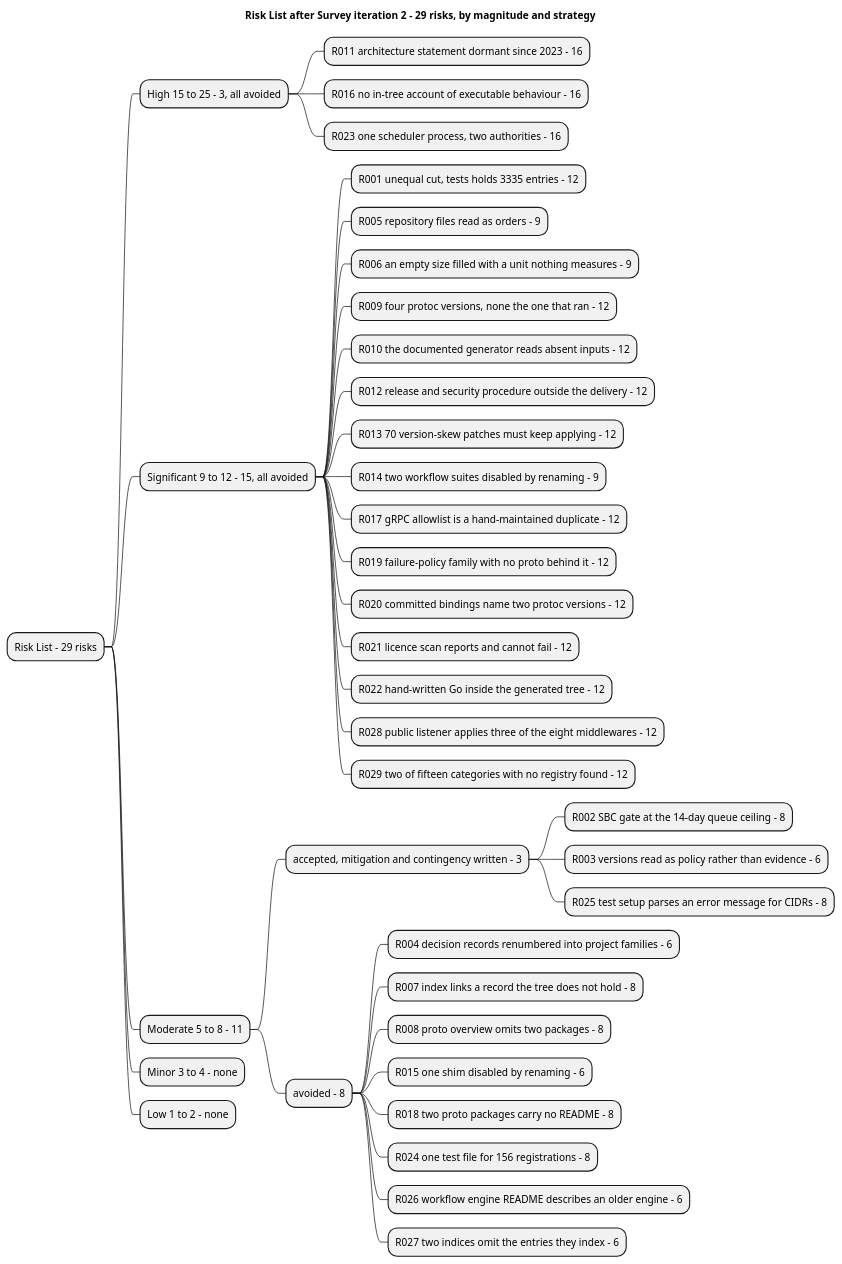
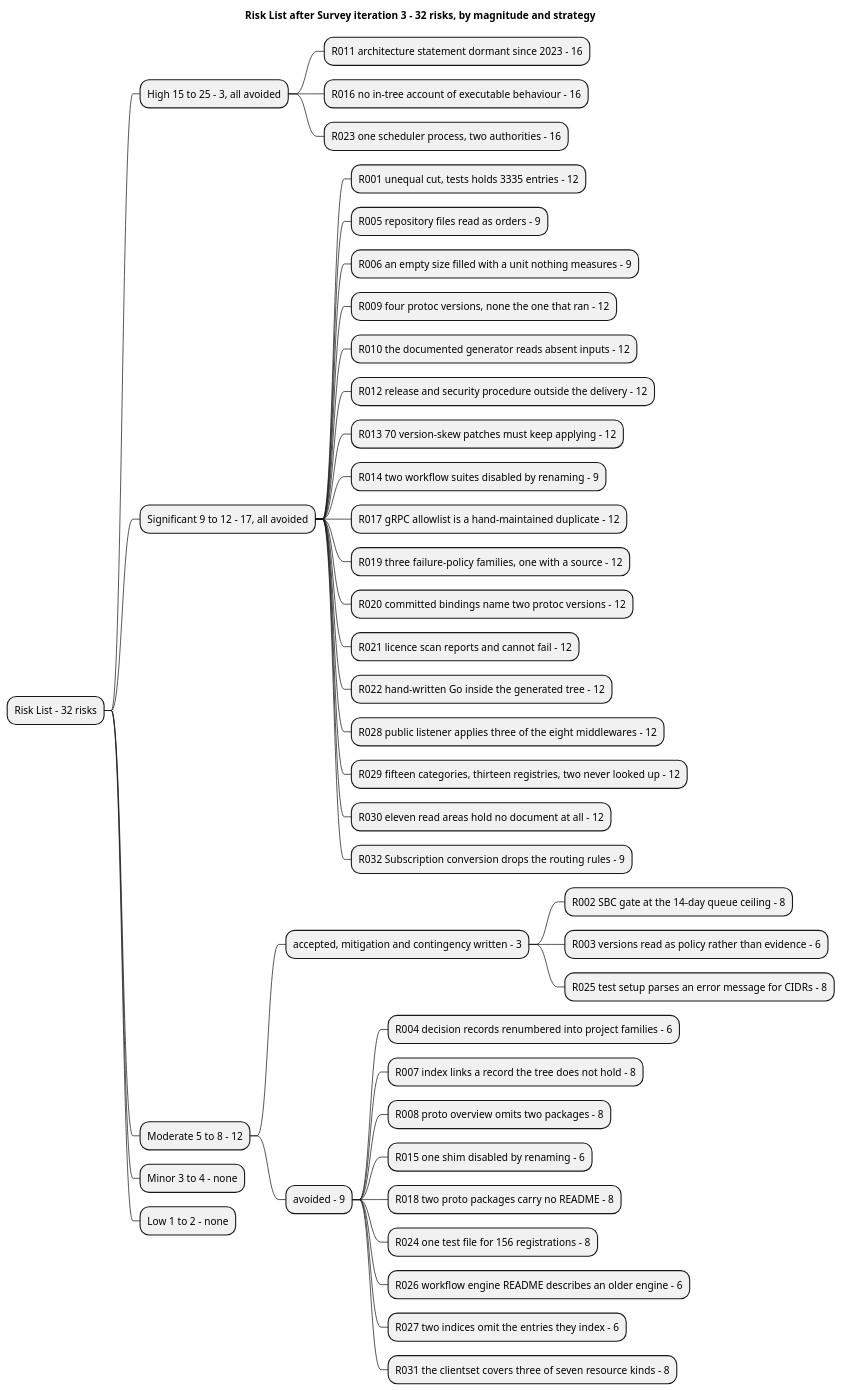
Before and after one commit to banense-test/dapr: the second of 2 diagrams in docs/artifacts/project-management/risk-list.md, drawn with PlantUML. The commit also changed other lines of this file, not shown here.

First line of the commit message:
Project Manager [Survey3]: upsert Risk List

````diff
--- a/docs/artifacts/project-management/risk-list.md
+++ b/docs/artifacts/project-management/risk-list.md
@@ -121,42 +119,45 @@
 ```plantuml
 @startmindmap
-title Risk List after Survey iteration 2 - 29 risks, by magnitude and strategy
-* Risk List - 29 risks
+title Risk List after Survey iteration 3 - 32 risks, by magnitude and strategy
+* Risk List - 32 risks
 ** High 15 to 25 - 3, all avoided
 *** R011 architecture statement dormant since 2023 - 16
 *** R016 no in-tree account of executable behaviour - 16
 *** R023 one scheduler process, two authorities - 16
-** Significant 9 to 12 - 15, all avoided
+** Significant 9 to 12 - 17, all avoided
 *** R001 unequal cut, tests holds 3335 entries - 12
 *** R005 repository files read as orders - 9
 *** R006 an empty size filled with a unit nothing measures - 9
 *** R009 four protoc versions, none the one that ran - 12
 *** R010 the documented generator reads absent inputs - 12
 *** R012 release and security procedure outside the delivery - 12
 *** R013 70 version-skew patches must keep applying - 12
 *** R014 two workflow suites disabled by renaming - 9
 *** R017 gRPC allowlist is a hand-maintained duplicate - 12
-*** R019 failure-policy family with no proto behind it - 12
+*** R019 three failure-policy families, one with a source - 12
 *** R020 committed bindings name two protoc versions - 12
 *** R021 licence scan reports and cannot fail - 12
 *** R022 hand-written Go inside the generated tree - 12
 *** R028 public listener applies three of the eight middlewares - 12
-*** R029 two of fifteen categories with no registry found - 12
-** Moderate 5 to 8 - 11
+*** R029 fifteen categories, thirteen registries, two never looked up - 12
+*** R030 eleven read areas hold no document at all - 12
+*** R032 Subscription conversion drops the routing rules - 9
+** Moderate 5 to 8 - 12
 *** accepted, mitigation and contingency written - 3
 **** R002 SBC gate at the 14-day queue ceiling - 8
 **** R003 versions read as policy rather than evidence - 6
 **** R025 test setup parses an error message for CIDRs - 8
-*** avoided - 8
+*** avoided - 9
 **** R004 decision records renumbered into project families - 6
 **** R007 index links a record the tree does not hold - 8
 **** R008 proto overview omits two packages - 8
 **** R015 one shim disabled by renaming - 6
 **** R018 two proto packages carry no README - 8
 **** R024 one test file for 156 registrations - 8
 **** R026 workflow engine README describes an older engine - 6
 **** R027 two indices omit the entries they index - 6
+**** R031 the clientset covers three of seven resource kinds - 8
 ** Minor 3 to 4 - none
 ** Low 1 to 2 - none
 @endmindmap
 ```
````
